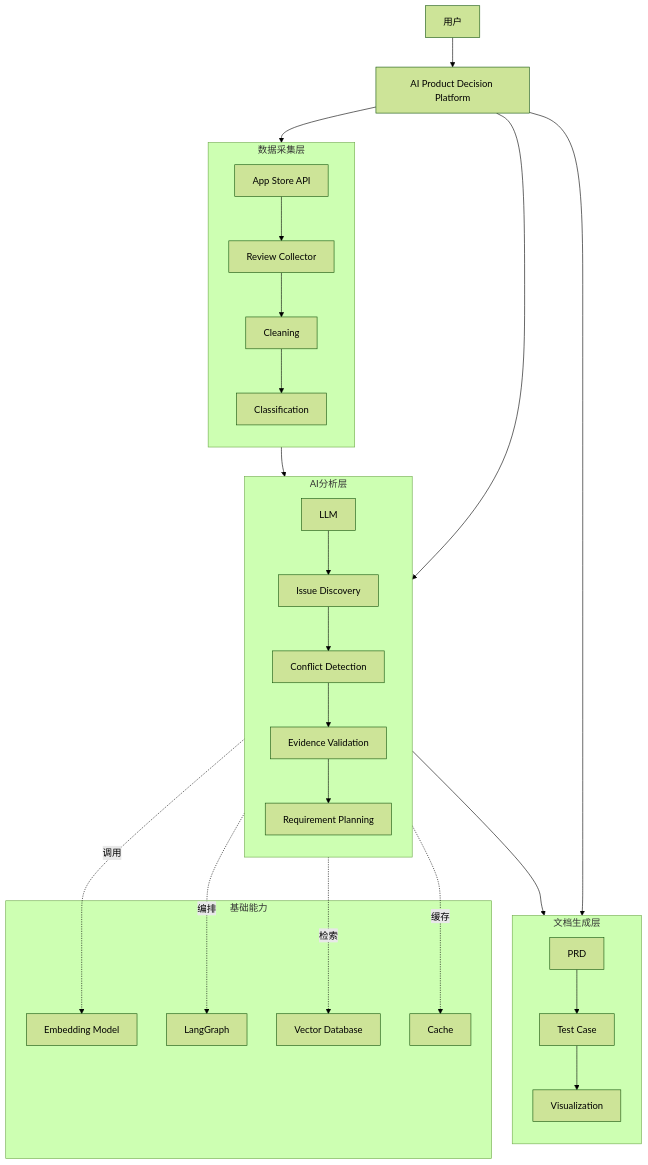
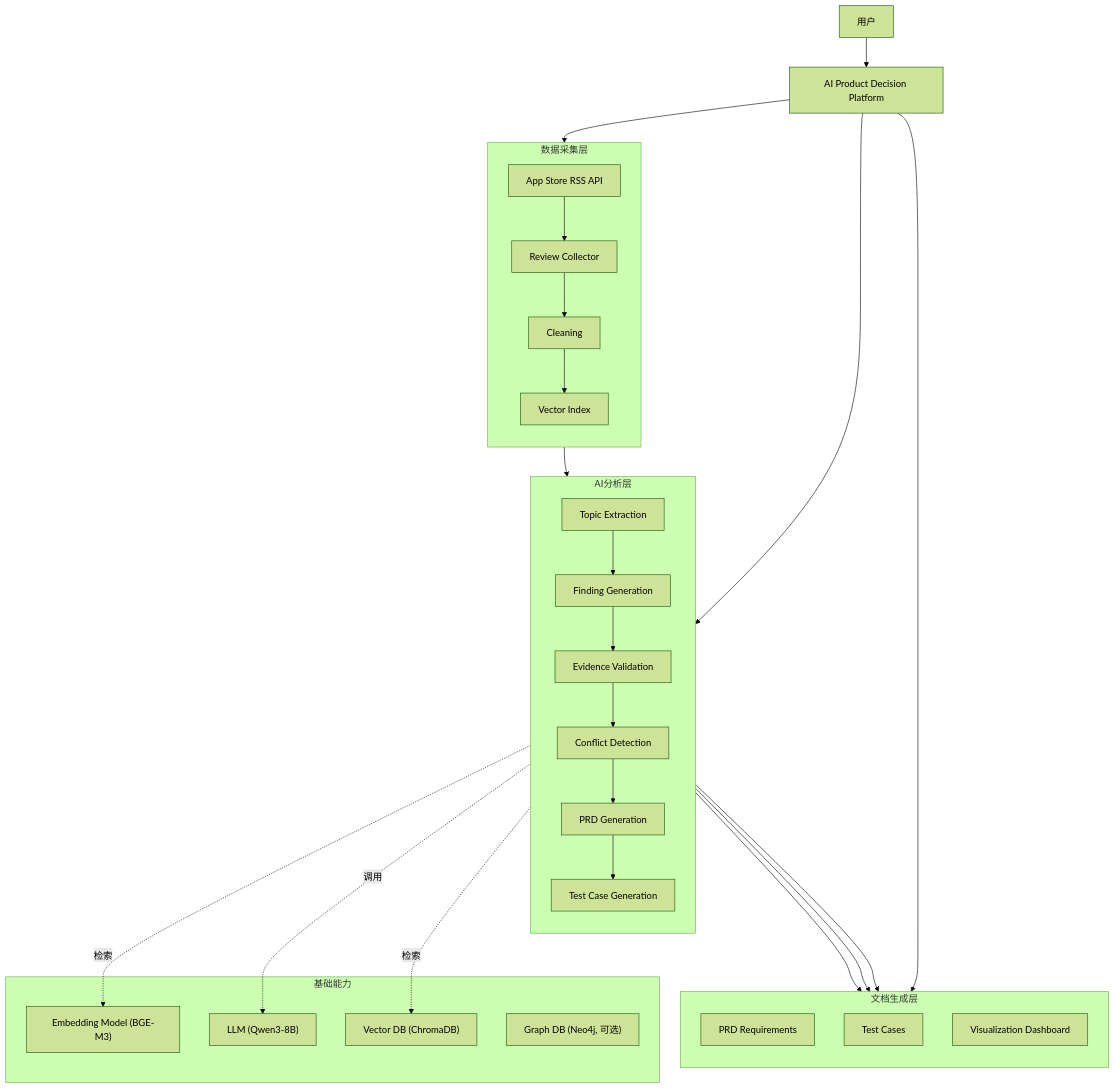
Before and after one commit to yanlinchen666/AppStore_The-entire-product-process: the first of 8 diagrams in AppStore_vc/Project Documents/产品文档.md, drawn with Mermaid (forest theme). The commit also changed other lines of this file and 49 other files, not shown here.

````diff
--- a/AppStore_vc/Project Documents/产品文档.md
+++ b/AppStore_vc/Project Documents/产品文档.md
@@ -189,69 +202,69 @@
 ```mermaid
 flowchart TB
 
 User["用户"]
 
 Platform["AI Product Decision Platform"]
 
 User --> Platform
 
 Platform --> Collect
 Platform --> AI
 Platform --> Output
 
 subgraph Collect["数据采集层"]
 direction TB
-R1["App Store API"]
+R1["App Store RSS API"]
 R2["Review Collector"]
 R3["Cleaning"]
-R4["Classification"]
+R4["Vector Index"]
 
 R1 --> R2
 R2 --> R3
 R3 --> R4
 end
 
 subgraph AI["AI分析层"]
 direction TB
-A1["LLM"]
-A2["Issue Discovery"]
-A3["Conflict Detection"]
-A4["Evidence Validation"]
-A5["Requirement Planning"]
+A1["Topic Extraction"]
+A2["Finding Generation"]
+A3["Evidence Validation"]
+A4["Conflict Detection"]
+A5["PRD Generation"]
+A6["Test Case Generation"]
 
 A1 --> A2
 A2 --> A3
 A3 --> A4
 A4 --> A5
+A5 --> A6
 end
 
 subgraph Output["文档生成层"]
 direction TB
-P1["PRD"]
-P2["Test Case"]
-P3["Visualization"]
-
-P1 --> P2
-P2 --> P3
+P1["PRD Requirements"]
+P2["Test Cases"]
+P3["Visualization Dashboard"]
 end
 
 R4 --> A1
-A5 --> P1
+A6 --> P1
+A6 --> P2
+A6 --> P3
 
 subgraph Infra["基础能力"]
 
-V["Embedding Model"]
+V["Embedding Model (BGE-M3)"]
 
-L["LangGraph"]
+LLM["LLM (Qwen3-8B)"]
 
-DB["Vector Database"]
+DB["Vector DB (ChromaDB)"]
 
-Cache["Cache"]
+GraphDB["Graph DB (Neo4j, 可选)"]
 
 end
 
-AI -.调用.-> V
-AI -.编排.-> L
-AI -.检索.-> DB
-AI -.缓存.-> Cache
+AI -.调用.-> LLM
+A3 -.检索.-> V
+A3 -.检索.-> DB
 ```
````
